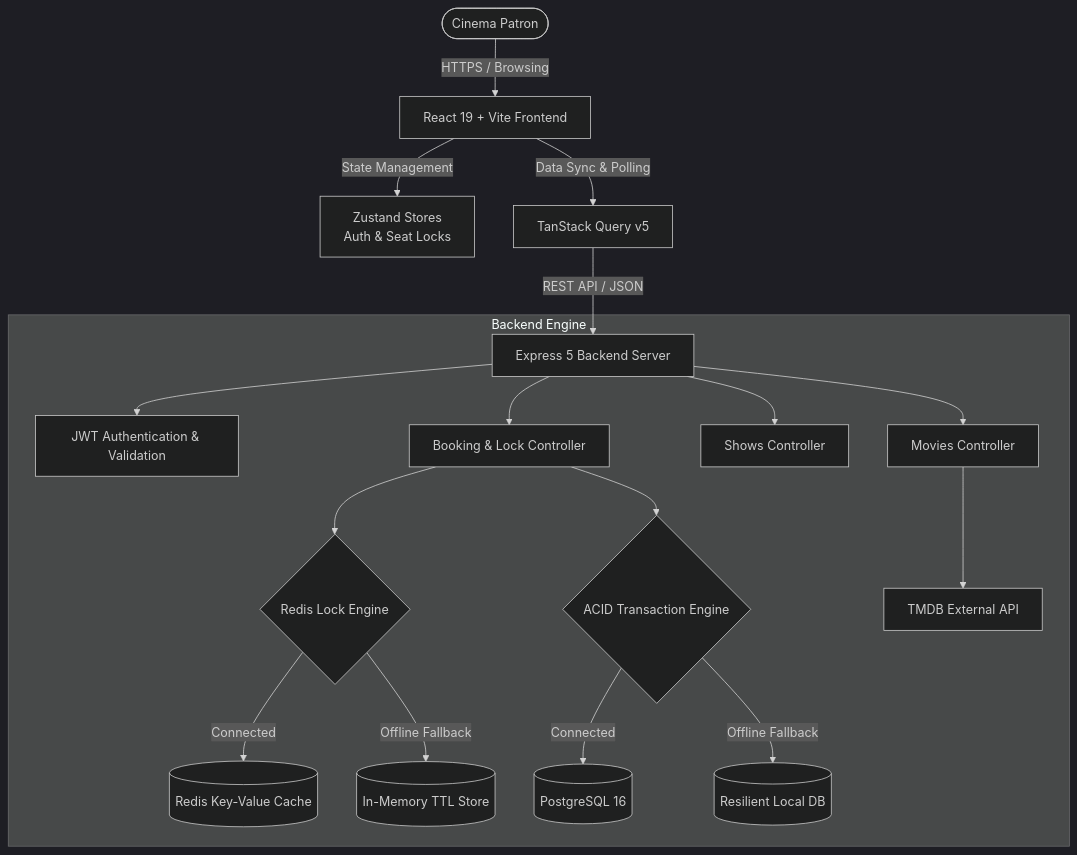
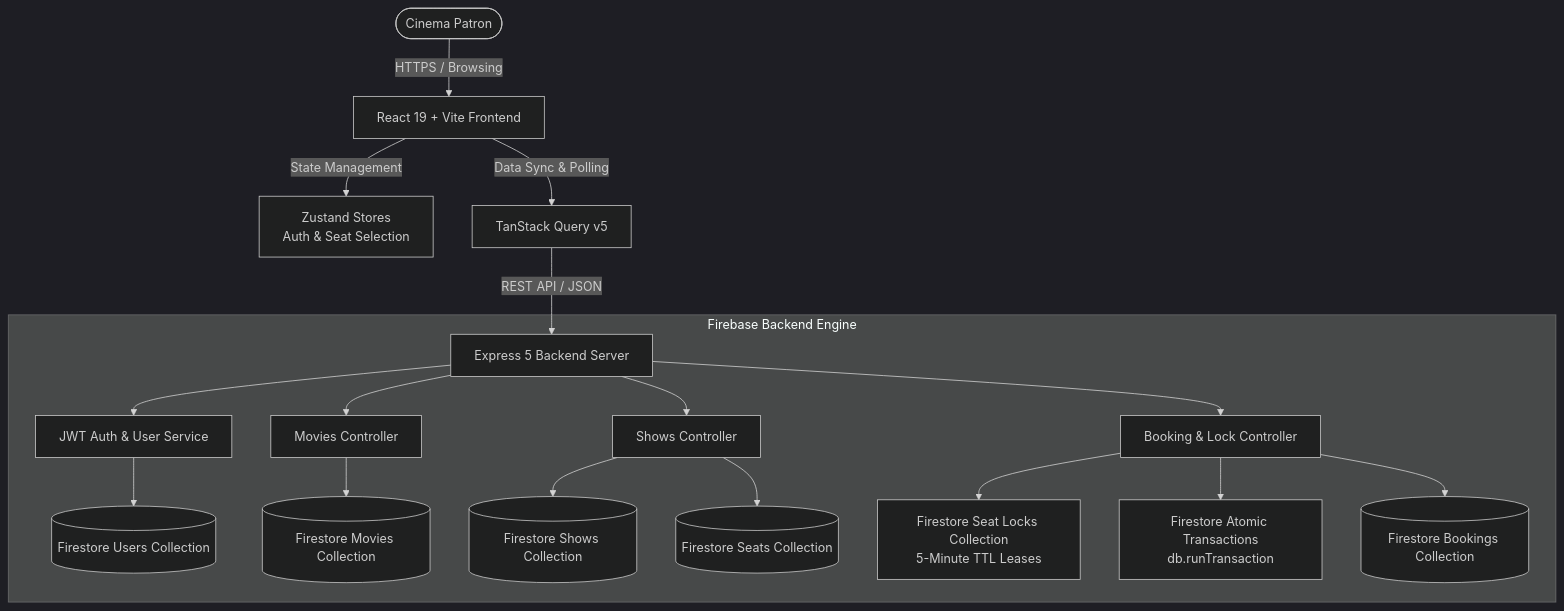
Before and after one commit to ShivamChaturvedi54/FlickPass: the first of 2 diagrams in README.md, drawn with Mermaid (dark theme). The commit also changed other lines of this file and 19 other files, not shown here.

Commit message:
feat: Refactor backend exclusively to Firebase Firestore and Firebase Admin SDK

````diff
--- a/README.md
+++ b/README.md
@@ -60,25 +62,24 @@
 ```mermaid
 graph TD
     User([Cinema Patron]) -->|HTTPS / Browsing| FE[React 19 + Vite Frontend]
-    FE -->|State Management| Zustand[Zustand Stores<br/>Auth & Seat Locks]
+    FE -->|State Management| Zustand[Zustand Stores<br/>Auth & Seat Selection]
     FE -->|Data Sync & Polling| ReactQuery[TanStack Query v5]
     
     ReactQuery -->|REST API / JSON| API[Express 5 Backend Server]
     
-    subgraph "Backend Engine"
-        API --> AuthMW[JWT Authentication & Validation]
+    subgraph "Firebase Backend Engine"
+        API --> AuthMW[JWT Auth & User Service]
         API --> MovieCtrl[Movies Controller]
         API --> ShowCtrl[Shows Controller]
         API --> BookingCtrl[Booking & Lock Controller]
         
-        BookingCtrl --> LockEngine{Redis Lock Engine}
-        LockEngine -->|Connected| Redis[(Redis Key-Value Cache)]
-        LockEngine -->|Offline Fallback| MemStore[(In-Memory TTL Store)]
+        BookingCtrl --> FSLock[Firestore Seat Locks Collection<br/>5-Minute TTL Leases]
+        BookingCtrl --> FSTransaction[Firestore Atomic Transactions<br/>db.runTransaction]
         
-        BookingCtrl --> TxEngine{ACID Transaction Engine}
-        TxEngine -->|Connected| Postgres[(PostgreSQL 16)]
-        TxEngine -->|Offline Fallback| LocalDB[(Resilient Local DB)]
-        
-        MovieCtrl --> TMDB[TMDB External API]
+        MovieCtrl --> FSMovies[(Firestore Movies Collection)]
+        ShowCtrl --> FSShows[(Firestore Shows Collection)]
+        ShowCtrl --> FSSeats[(Firestore Seats Collection)]
+        BookingCtrl --> FSBookings[(Firestore Bookings Collection)]
+        AuthMW --> FSUsers[(Firestore Users Collection)]
     end
 ```
````
